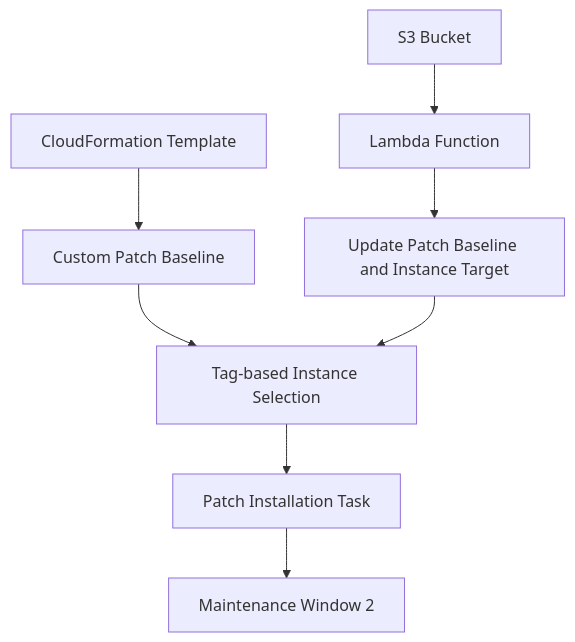
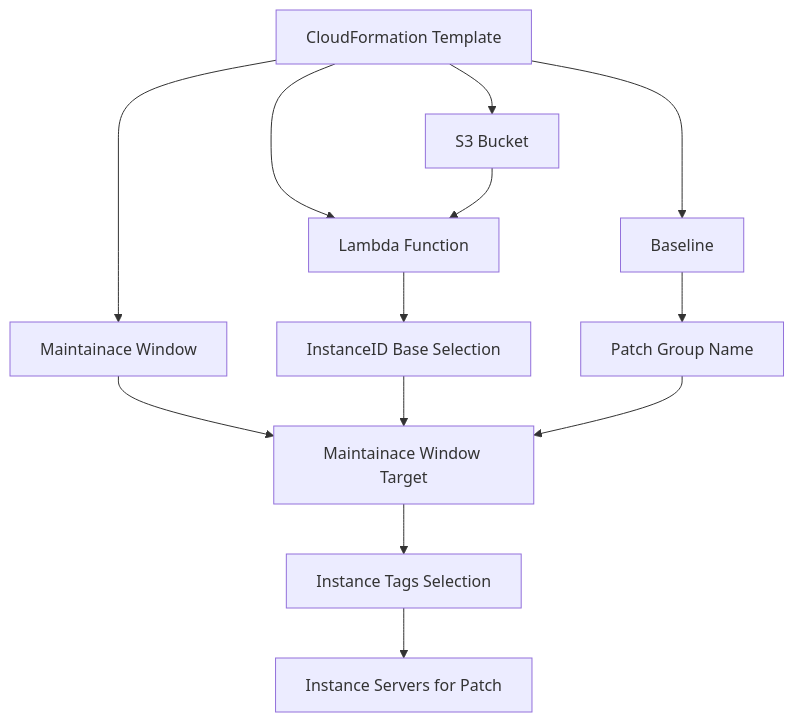
Before and after one commit to devopsyug/aws-patch-manager: the diagram in README.md, drawn with Mermaid.

Commit message:
updated mermaid

````diff
--- a/README.md
+++ b/README.md
@@ -19,13 +19,16 @@
 ```mermaid
 graph TD
-    A[CloudFormation Template] --> B[Custom Patch Baseline]
-    B --> C[Tag-based Instance Selection]
-    C --> D2[Patch Installation Task]
-    D2 --> F[Maintenance Window 2]
-
-    G[S3 Bucket] --> H[Lambda Function]
-    H --> I[Update Patch Baseline and Instance Target]
-    I --> C
-
+    A[CloudFormation Template] --> B[Baseline]
+    B[Baseline] --> J[Patch Group Name]
+    A[CloudFormation Template] --> C[Maintainace Window]
+    A[CloudFormation Template] --> D[Lambda Function]
+    A[CloudFormation Template] --> E[S3 Bucket]
+    C[Maintainace Window] --> F[Maintainace Window Target]
+    F[Maintainace Window Target] --> G[Instance Tags Selection]
+    D[Lambda Function] --> H[InstanceID Base Selection]
+    H[InstanceID Base Selection] --> F[Maintainace Window Target]
+    E[S3 Bucket] --> D[Lambda Function]
+    G[Instance Tags Selection] --> I[Instance Servers for Patch]
+    J[Patch Group Name] --> F[Maintainace Window Target]
 
 ```    
````
